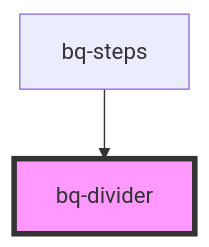
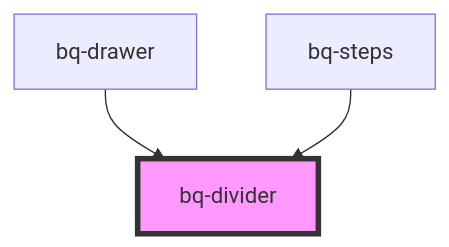
The diagram in packages/beeq/src/components/divider/readme.md (Endava/BEEQ), drawn with Mermaid before and after one commit. The commit also changed other lines of this file and 4 other files, not shown here.

````diff
--- a/packages/beeq/src/components/divider/readme.md
+++ b/packages/beeq/src/components/divider/readme.md
@@ -39,5 +40,6 @@
 ```mermaid
 graph TD;
+  bq-drawer --> bq-divider
   bq-steps --> bq-divider
   style bq-divider fill:#f9f,stroke:#333,stroke-width:4px
 ```
````
